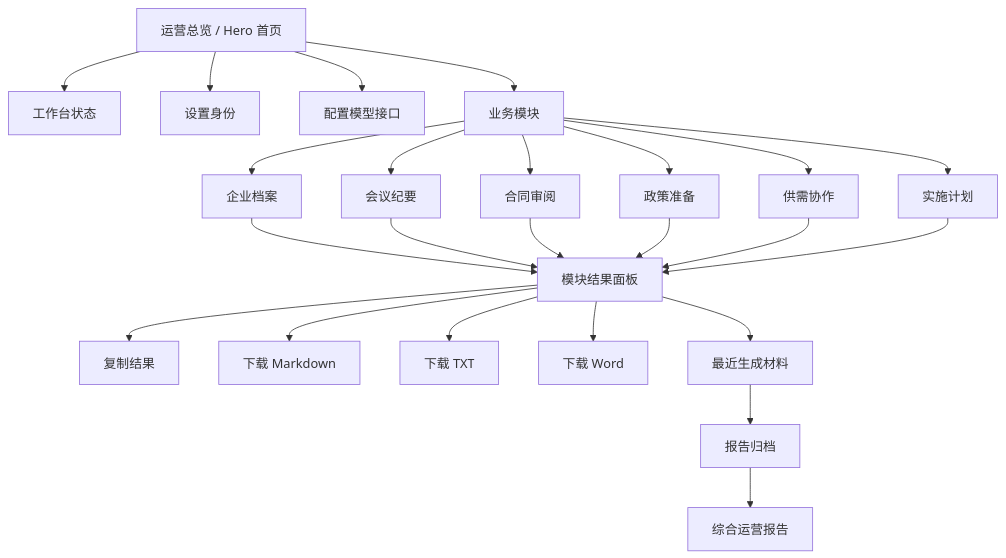
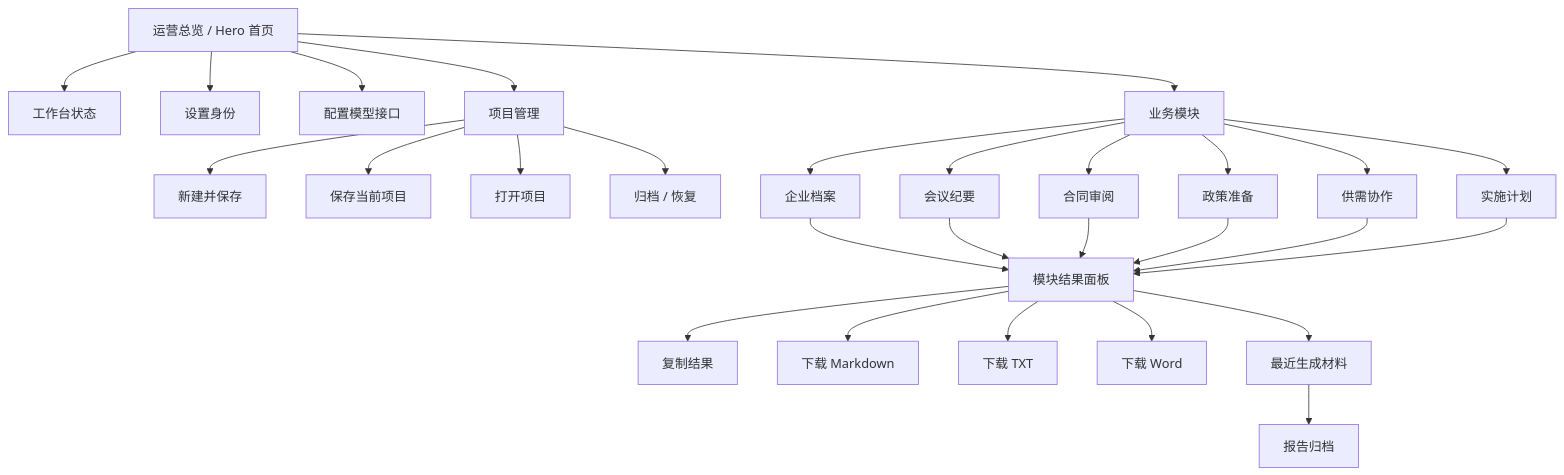
Before and after one commit to liqinglq666/zhilink-tianhe-enterprise-ai-workspace: the fifth of 7 diagrams in README.md, drawn with Mermaid. The commit also changed other lines of this file, not shown here.

````diff
--- a/README.md
+++ b/README.md
@@ -367,30 +394,35 @@
 ```mermaid
 flowchart TB
     Home["运营总览 / Hero 首页"] --> Status["工作台状态"]
     Home --> Identity["设置身份"]
     Home --> API["配置模型接口"]
+    Home --> Projects["项目管理"]
     Home --> Modules["业务模块"]
+
+    Projects --> Create["新建并保存"]
+    Projects --> Save["保存当前项目"]
+    Projects --> Open["打开项目"]
+    Projects --> Archive["归档 / 恢复"]
 
     Modules --> Profile["企业档案"]
     Modules --> Meeting["会议纪要"]
     Modules --> Contract["合同审阅"]
     Modules --> Policy["政策准备"]
     Modules --> Match["供需协作"]
     Modules --> Landing["实施计划"]
 
     Profile --> Result["模块结果面板"]
     Meeting --> Result
     Contract --> Result
     Policy --> Result
     Match --> Result
     Landing --> Result
 
     Result --> Copy["复制结果"]
     Result --> MD["下载 Markdown"]
     Result --> TXT["下载 TXT"]
     Result --> DOCX["下载 Word"]
 
     Result --> Recent["最近生成材料"]
-    Recent --> Archive["报告归档"]
-    Archive --> FullReport["综合运营报告"]
+    Recent --> Report["报告归档"]
 ```
````
